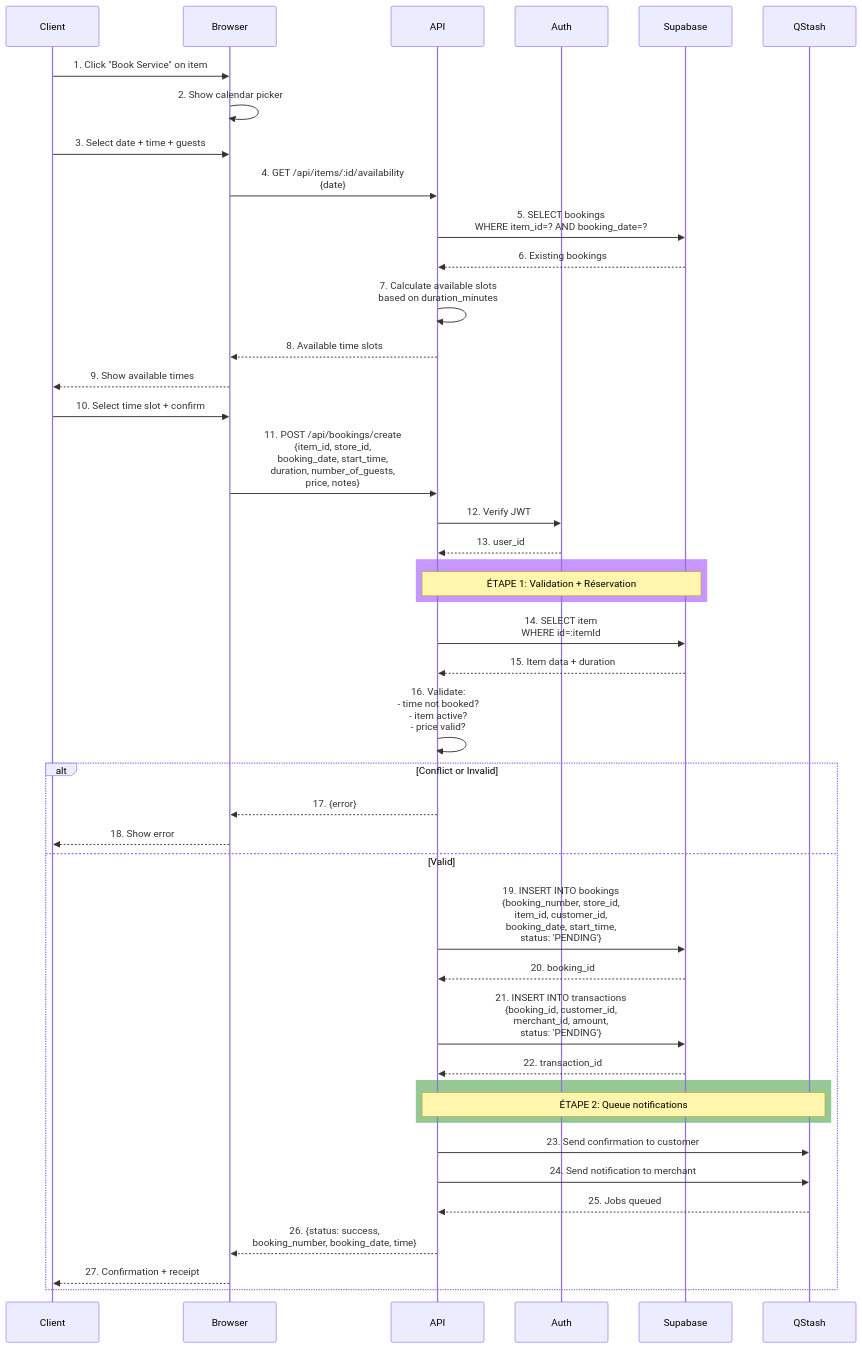
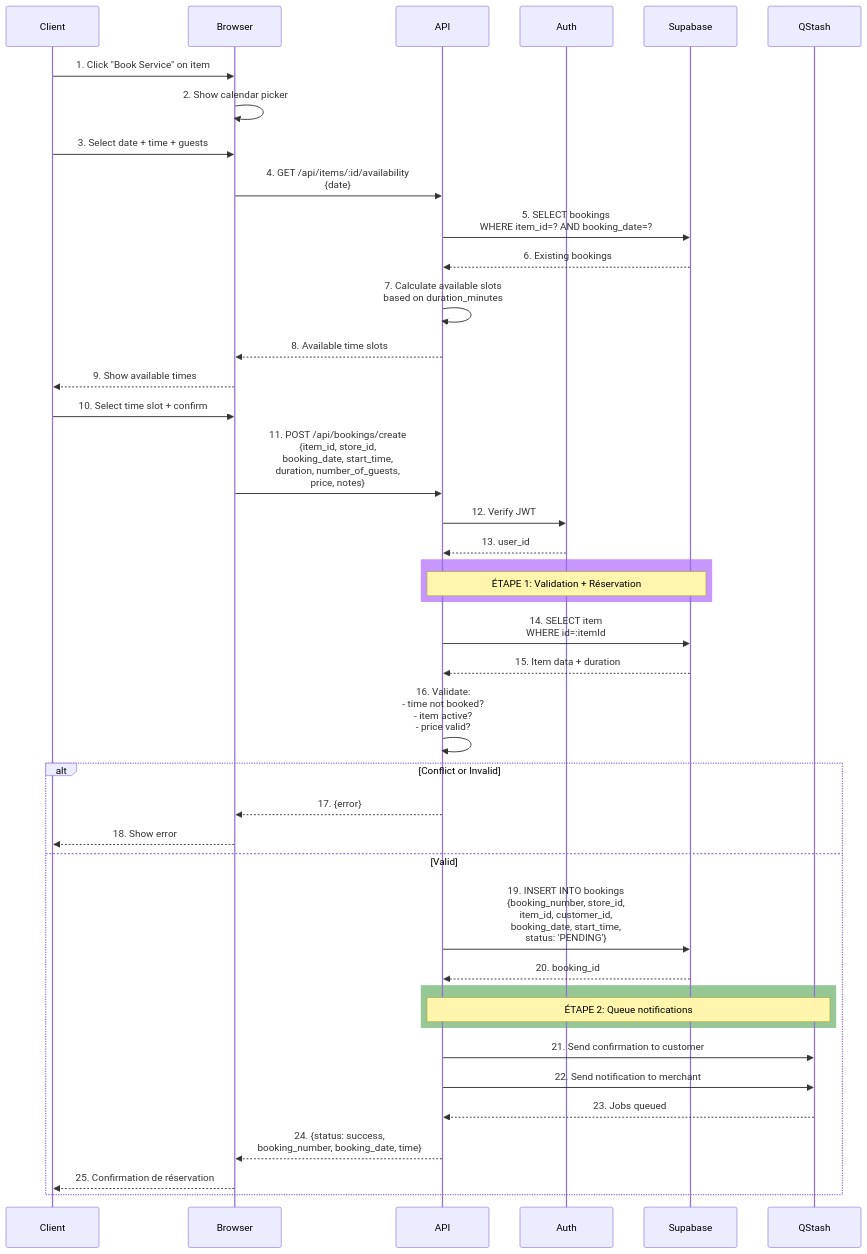
The sixth of 28 diagrams in SEQUENCE_DIAGRAMS_ALL_FEATURES.md (Abderrahmen1111/private-PFE-repos), drawn with Mermaid before and after one commit. The commit also changed other lines of this file and 25 other files, not shown here.

````diff
--- a/SEQUENCE_DIAGRAMS_ALL_FEATURES.md
+++ b/SEQUENCE_DIAGRAMS_ALL_FEATURES.md
@@ -357,58 +355,55 @@
 ```mermaid
 sequenceDiagram
     participant Client
     participant Browser
     participant API
     participant Auth
     participant Supabase
     participant QStash
 
     Client->>Browser: 1. Click "Book Service" on item
     Browser->>Browser: 2. Show calendar picker
     Client->>Browser: 3. Select date + time + guests
     Browser->>API: 4. GET /api/items/:id/availability<br/>{date}
     
     API->>Supabase: 5. SELECT bookings<br/>WHERE item_id=? AND booking_date=?
     Supabase-->>API: 6. Existing bookings
     
     API->>API: 7. Calculate available slots<br/>based on duration_minutes
     API-->>Browser: 8. Available time slots
     Browser-->>Client: 9. Show available times
     
     Client->>Browser: 10. Select time slot + confirm
     Browser->>API: 11. POST /api/bookings/create<br/>{item_id, store_id,<br/>booking_date, start_time,<br/>duration, number_of_guests,<br/>price, notes}
     
     API->>Auth: 12. Verify JWT
     Auth-->>API: 13. user_id
     
     rect rgb(200, 150, 255)
         Note over API,Supabase: ÉTAPE 1: Validation + Réservation
     end
     
     API->>Supabase: 14. SELECT item<br/>WHERE id=:itemId
     Supabase-->>API: 15. Item data + duration
     
     API->>API: 16. Validate:<br/>- time not booked?<br/>- item active?<br/>- price valid?
     
     alt Conflict or Invalid
         API-->>Browser: 17. {error}
         Browser-->>Client: 18. Show error
     else Valid
         API->>Supabase: 19. INSERT INTO bookings<br/>{booking_number, store_id,<br/>item_id, customer_id,<br/>booking_date, start_time,<br/>status: 'PENDING'}
         Supabase-->>API: 20. booking_id
         
-        API->>Supabase: 21. INSERT INTO transactions<br/>{booking_id, customer_id,<br/>merchant_id, amount,<br/>status: 'PENDING'}
-        Supabase-->>API: 22. transaction_id
-        
         rect rgb(150, 200, 150)
             Note over API,QStash: ÉTAPE 2: Queue notifications
         end
         
-        API->>QStash: 23. Send confirmation to customer
-        API->>QStash: 24. Send notification to merchant
-        QStash-->>API: 25. Jobs queued
+        API->>QStash: 21. Send confirmation to customer
+        API->>QStash: 22. Send notification to merchant
+        QStash-->>API: 23. Jobs queued
         
-        API-->>Browser: 26. {status: success,<br/>booking_number, booking_date, time}
-        Browser-->>Client: 27. Confirmation + receipt
+        API-->>Browser: 24. {status: success,<br/>booking_number, booking_date, time}
+        Browser-->>Client: 25. Confirmation de réservation
     end
 ```
````
